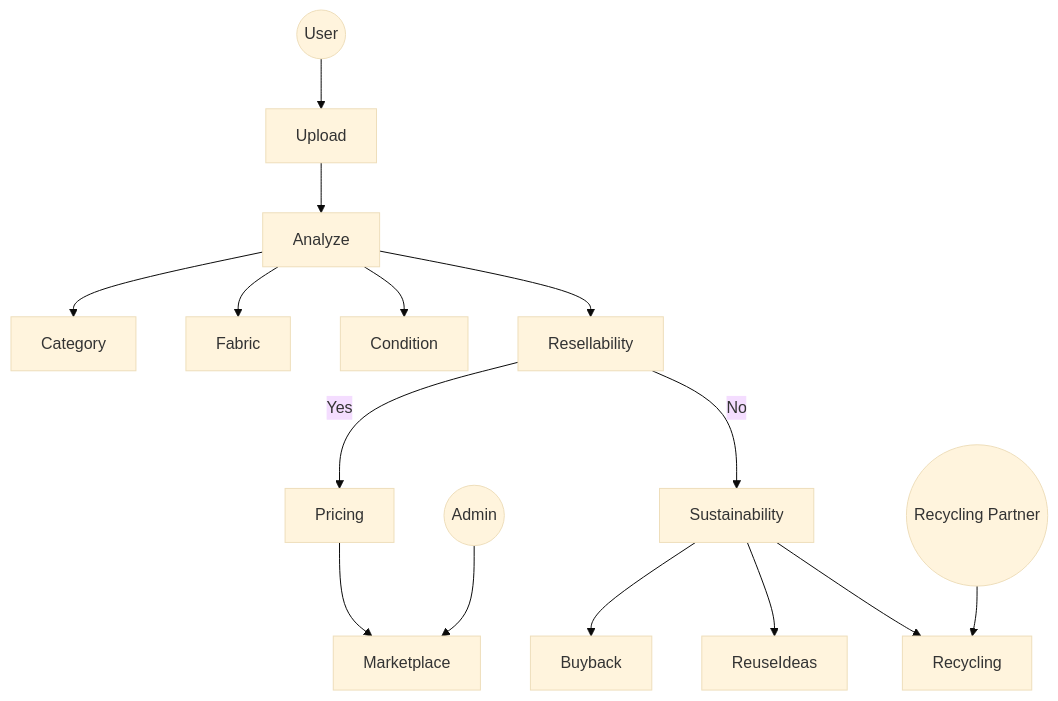
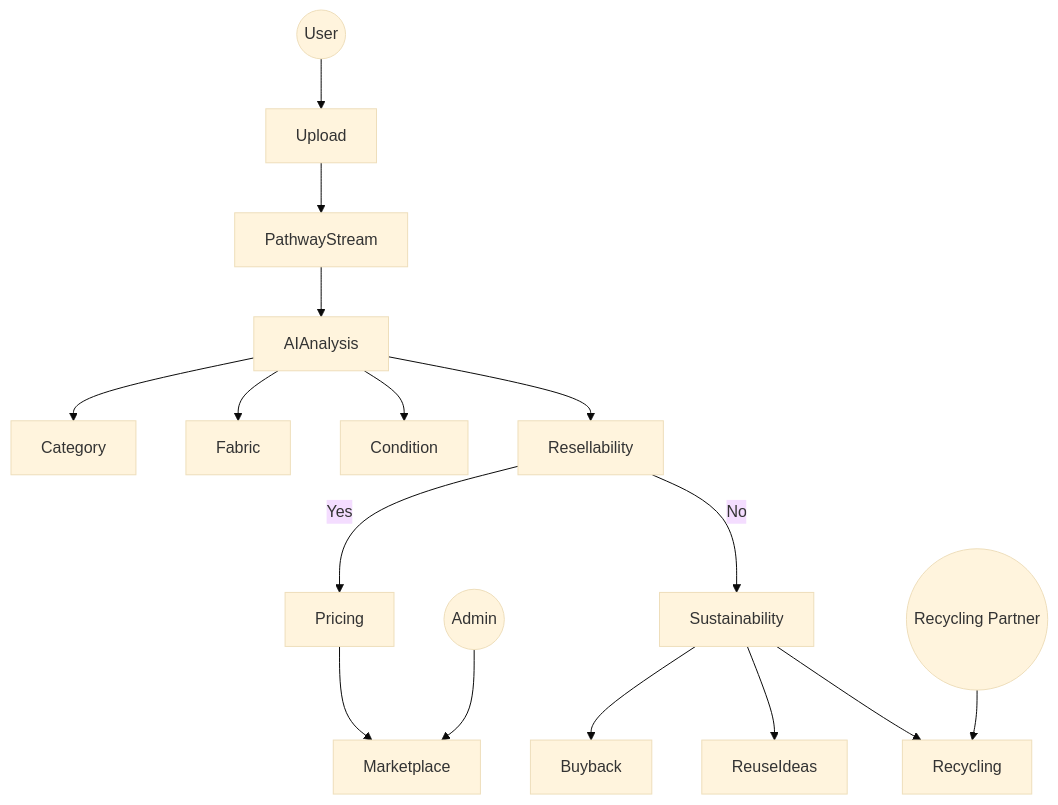
One commit to Nikhub7-dotcom/ReWear changed the diagram in README.md. Above: the diagram before and after it, drawn with Mermaid (base theme). The commit also changed other lines of this file, not shown here.

````diff
--- a/README.md
+++ b/README.md
@@ -68,26 +69,27 @@
 ```mermaid
 graph TD
 
 User((User))
 Admin((Admin))
 Recycler((Recycling Partner))
 
 User --> Upload
-Upload --> Analyze
+Upload --> PathwayStream
 
-Analyze --> Category
-Analyze --> Fabric
-Analyze --> Condition
-Analyze --> Resellability
+PathwayStream --> AIAnalysis
+AIAnalysis --> Category
+AIAnalysis --> Fabric
+AIAnalysis --> Condition
+AIAnalysis --> Resellability
 
 Resellability -->|Yes| Pricing
 Resellability -->|No| Sustainability
 
 Pricing --> Marketplace
 Sustainability --> Buyback
 Sustainability --> ReuseIdeas
 Sustainability --> Recycling
 
 Admin --> Marketplace
 Recycler --> Recycling
 ```
````
